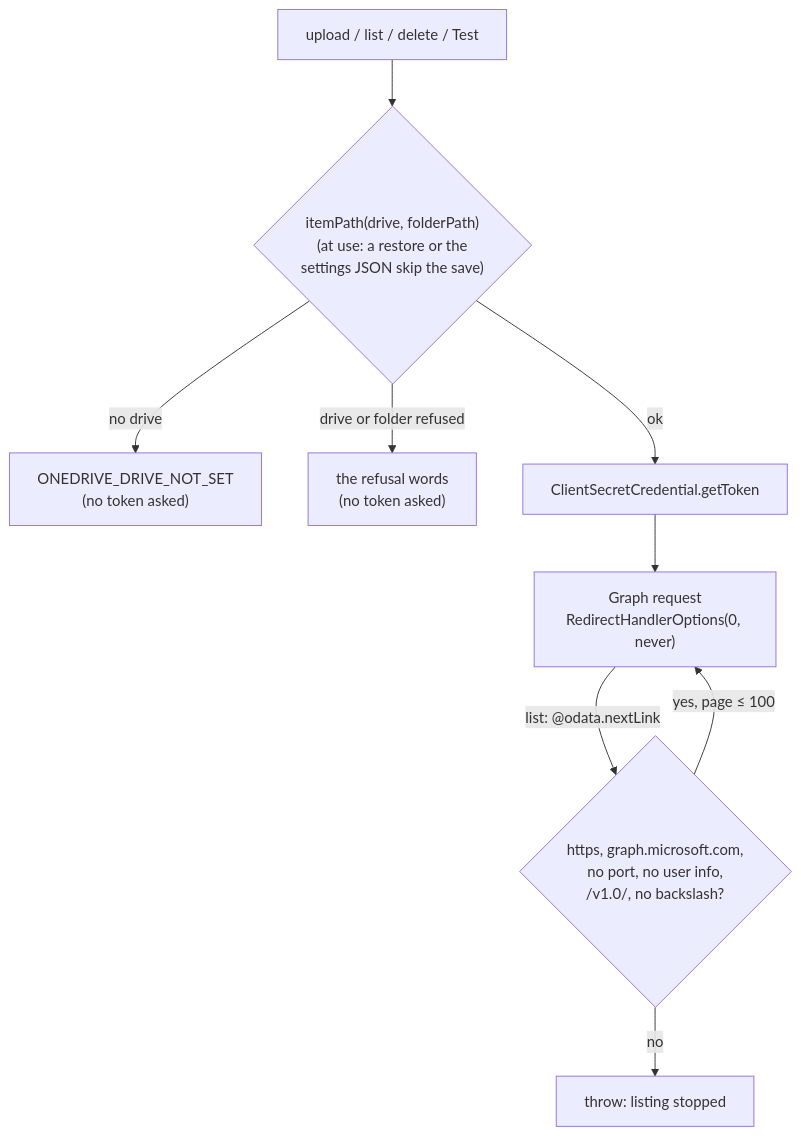
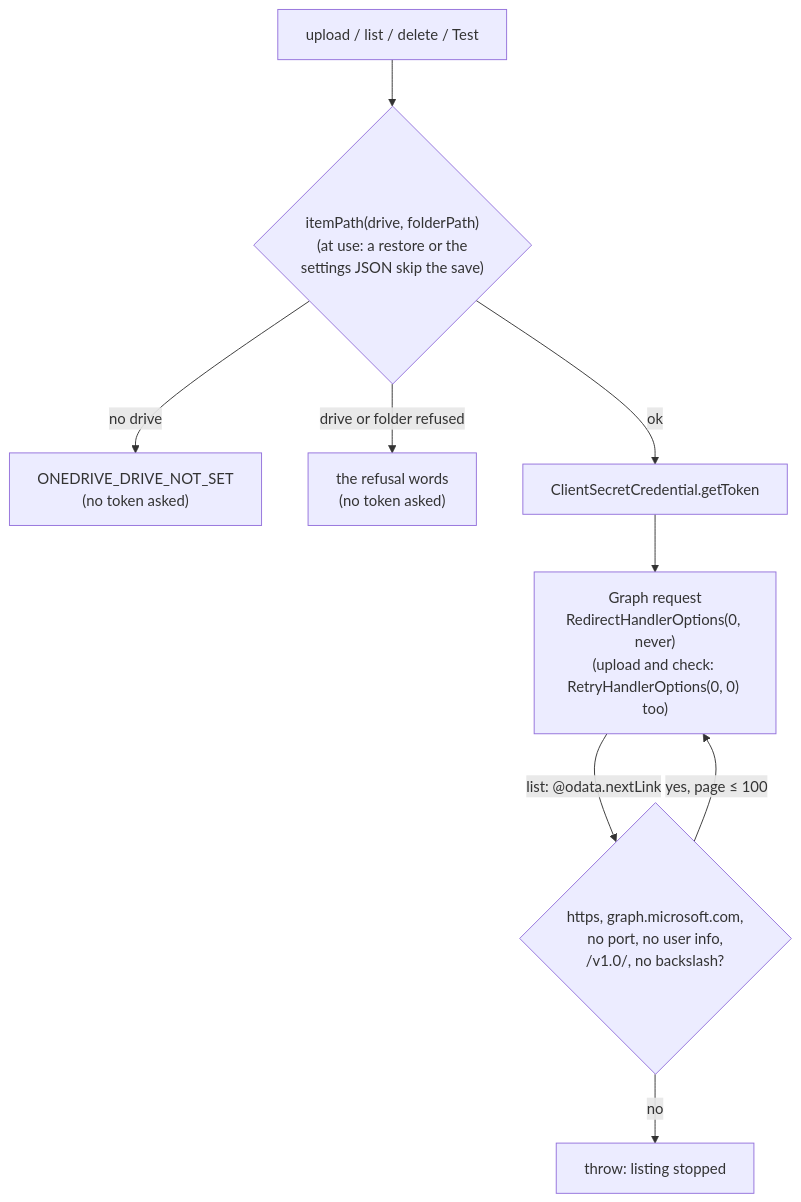
One commit to gitBoon/DumpFire changed diagram 21 of 39 in docs/backup-reporting.md. Above: the diagram before and after it, drawn with Mermaid. The commit also changed other lines of this file and 16 other files, not shown here.

````diff
--- a/docs/backup-reporting.md
+++ b/docs/backup-reporting.md
@@ -1277,11 +1293,11 @@
 ```mermaid
 flowchart TD
     Call["upload / list / delete / Test"] --> Addr{"itemPath(drive, folderPath)\n(at use: a restore or the\nsettings JSON skip the save)"}
     Addr -->|"no drive"| NotSet["ONEDRIVE_DRIVE_NOT_SET\n(no token asked)"]
     Addr -->|"drive or folder refused"| Refused["the refusal words\n(no token asked)"]
     Addr -->|"ok"| Token["ClientSecretCredential.getToken"]
-    Token --> Graph["Graph request\nRedirectHandlerOptions(0, never)"]
+    Token --> Graph["Graph request\nRedirectHandlerOptions(0, never)\n(upload and check: RetryHandlerOptions(0, 0) too)"]
     Graph -->|"list: @odata.nextLink"| Pin{"https, graph.microsoft.com,\nno port, no user info,\n/v1.0/, no backslash?"}
     Pin -->|"yes, page ≤ 100"| Graph
     Pin -->|"no"| Stop["throw: listing stopped"]
 ```
````
